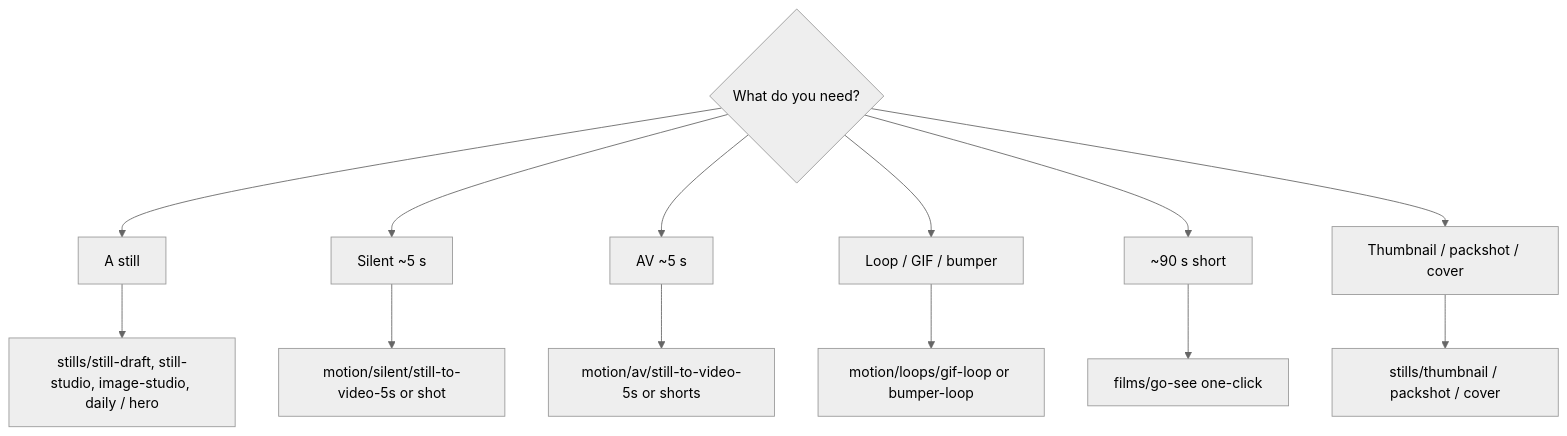
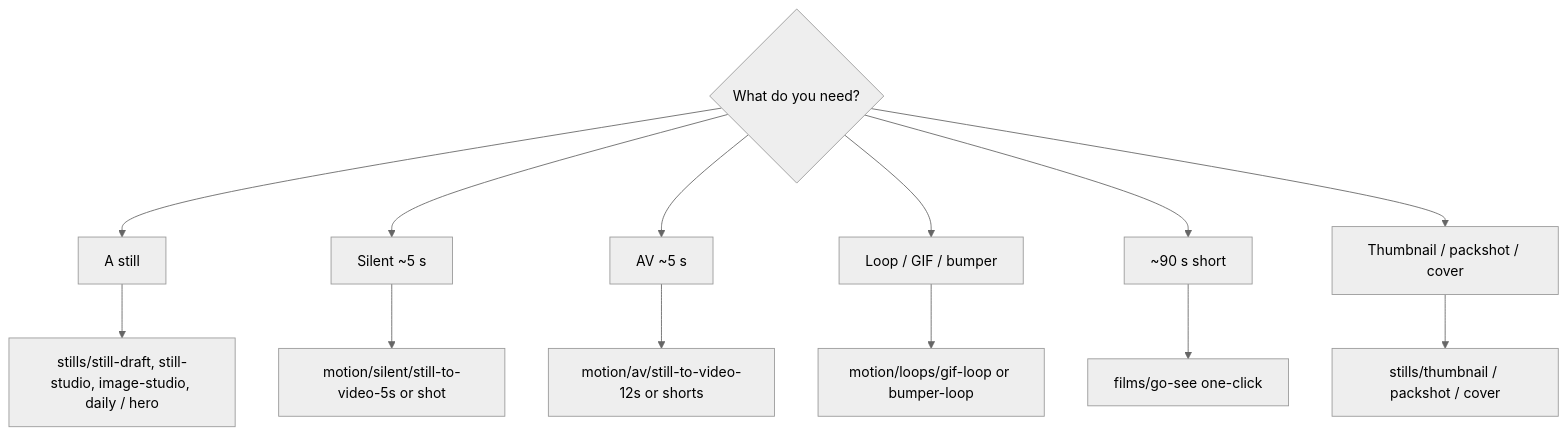
Before and after one commit to toxicoder/ez-comfy-stack: the diagram in docs/studio-workflows.mdx, drawn with Mermaid (neutral theme). The commit also changed other lines of this file and 318 other files, not shown here.

````diff
--- a/docs/studio-workflows.mdx
+++ b/docs/studio-workflows.mdx
@@ -52,15 +52,15 @@
 ```mermaid
 flowchart TB
   Need{"What do you need?"} --> Still["A still"]
   Need --> Motion["Silent ~5 s"]
   Need --> AV["AV ~5 s"]
   Need --> Loop["Loop / GIF / bumper"]
   Need --> Film["~90 s short"]
   Need --> Plate["Thumbnail / packshot / cover"]
   Still --> K["stills/still-draft, still-studio, image-studio, daily / hero"]
   Motion --> W["motion/silent/still-to-video-5s or shot"]
-  AV --> L["motion/av/still-to-video-5s or shorts"]
+  AV --> L["motion/av/still-to-video-12s or shorts"]
   Loop --> G["motion/loops/gif-loop or bumper-loop"]
   Film --> F["films/go-see one-click"]
   Plate --> C["stills/thumbnail / packshot / cover"]
 ```
````
